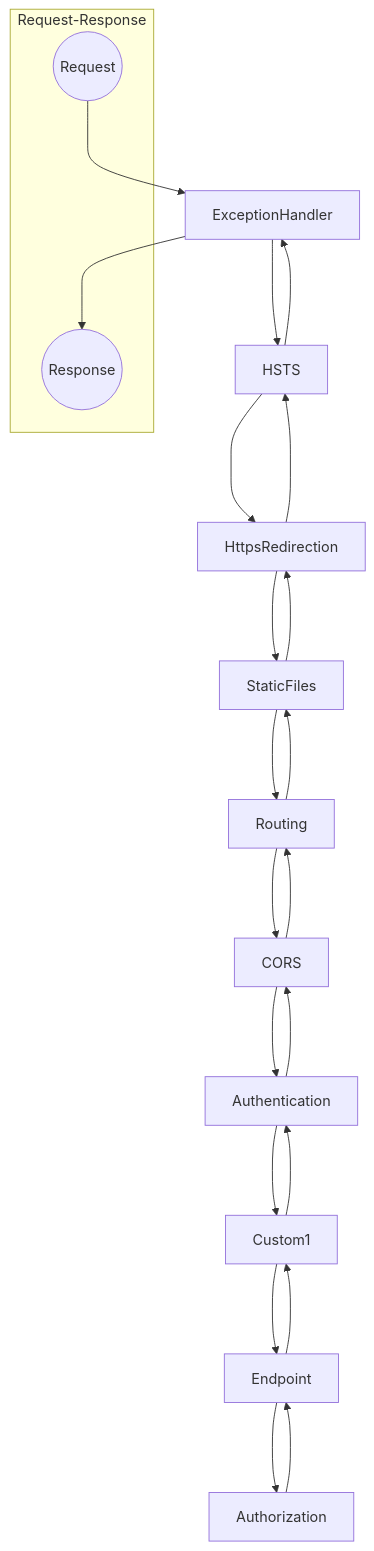
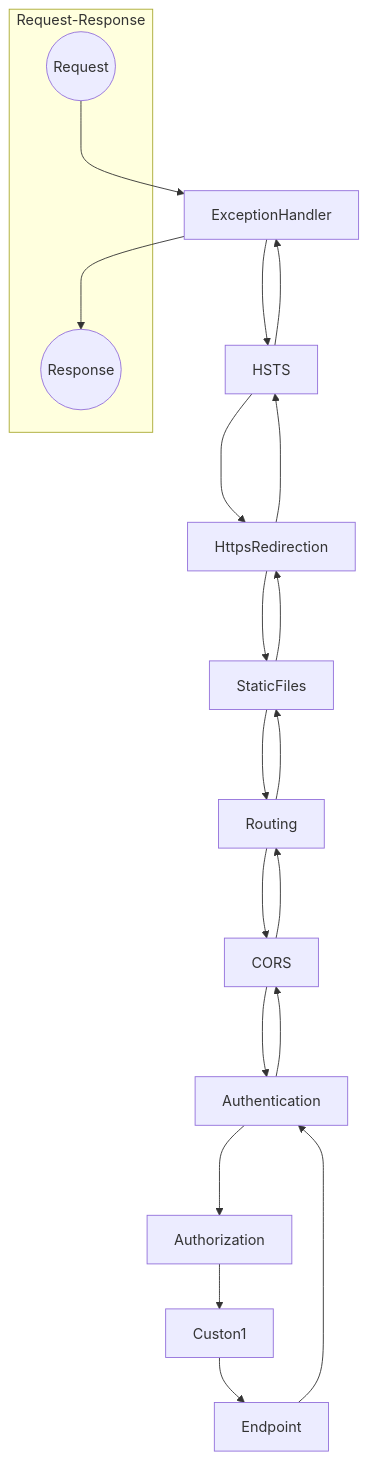
Before and after one commit to Rick-Anderson/MiddlewareMermaid: the diagram in MiddlewareMermaid/d - Copy.md, drawn with Mermaid.

Commit message:
Update d - Copy.md

````diff
--- a/MiddlewareMermaid/d - Copy.md
+++ b/MiddlewareMermaid/d - Copy.md
@@ -1,29 +1,28 @@
 ```mermaid
 graph TD;
     subgraph Request-Response
         Request((Request))
         Response((Response))
     end
     Request--->ExceptionHandler
     ExceptionHandler--->HSTS
     HSTS--->HttpsRedirection
     HttpsRedirection--->StaticFiles
     StaticFiles--->Routing
     Routing--->CORS
     CORS--->Authentication
-    Authentication--->Custom1
-    Custom1--->Endpoint
-    Endpoint--->Authorization
+    Authentication--->Authorization
+    Authorization-->Custon1
+    Custon1-->Endpoint
     
-    Authorization-->Endpoint
-    Endpoint-->Custom1
-    Custom1-->Authentication
+    Endpoint-->Authentication
     Authentication--->CORS
     CORS--->Routing
     Routing--->StaticFiles
     StaticFiles--->HttpsRedirection
     HttpsRedirection--->HSTS
     HSTS--->ExceptionHandler
     ExceptionHandler--->Response
 
+
 ```
````
